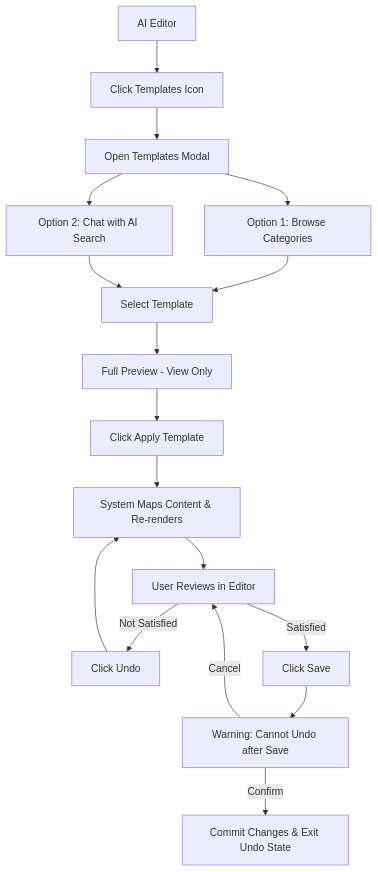
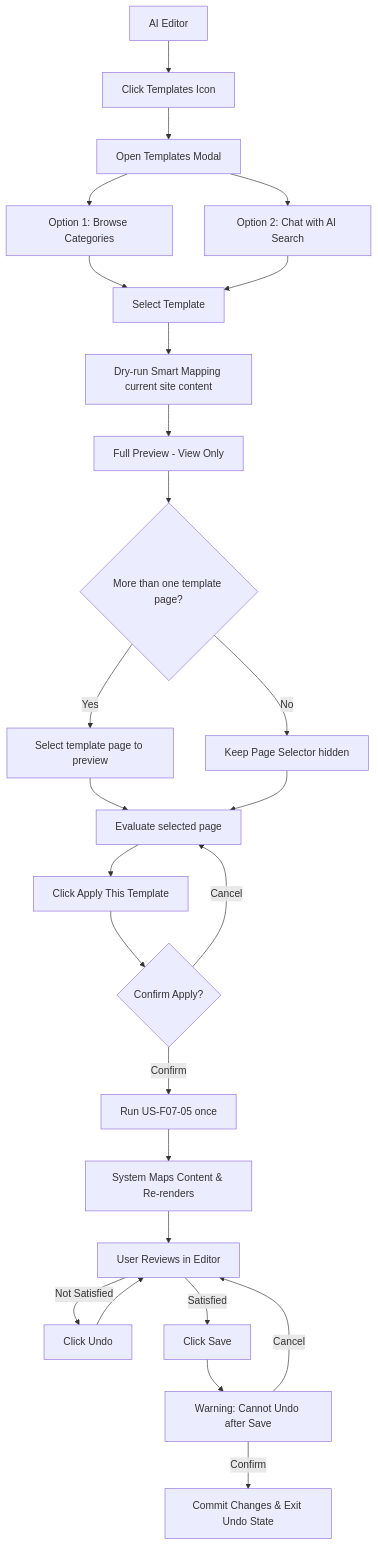
One commit to tranjunp2-cloud/Build-WebStore- changed the diagram in docs/prd/F07-template-gallery.md. Above: the diagram before and after it, drawn with Mermaid. The commit also changed other lines of this file and 3568 other files, not shown here.

````diff
--- a/docs/prd/F07-template-gallery.md
+++ b/docs/prd/F07-template-gallery.md
@@ -149,19 +169,28 @@
 ```mermaid
 graph TD
     A[AI Editor] --> B[Click Templates Icon]
     B --> C[Open Templates Modal]
     C --> D[Option 1: Browse Categories]
     C --> E[Option 2: Chat with AI Search]
     D --> F[Select Template]
     E --> F
-    F --> G[Full Preview - View Only]
-    G --> H[Click Apply Template]
-    H --> I[System Maps Content & Re-renders]
-    I --> J[User Reviews in Editor]
+    F --> G[Dry-run Smart Mapping current site content]
+    G --> H[Full Preview - View Only]
+    H --> P{More than one template page?}
+    P -- Yes --> Q[Select template page to preview]
+    Q --> U[Evaluate selected page]
+    P -- No --> R[Keep Page Selector hidden]
+    R --> U
+    U --> I[Click Apply This Template]
+    I --> O{Confirm Apply?}
+    O -- Cancel --> U
+    O -- Confirm --> S[Run US-F07-05 once]
+    S --> T[System Maps Content & Re-renders]
+    T --> J[User Reviews in Editor]
     J -- Not Satisfied --> K[Click Undo]
-    K --> I
+    K --> J
     J -- Satisfied --> L[Click Save]
     L --> M[Warning: Cannot Undo after Save]
     M -- Confirm --> N[Commit Changes & Exit Undo State]
     M -- Cancel --> J
 ```
````
